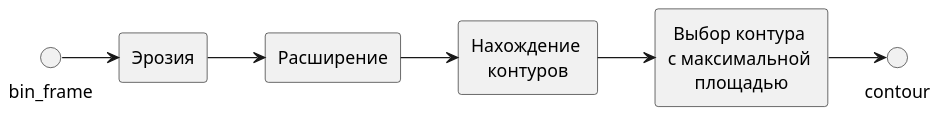
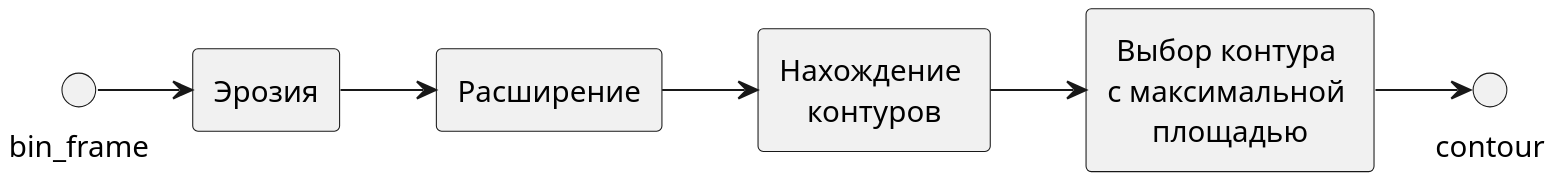
The diagram in firedetection-101/lecture/src/diagrams/image-processing-pipeline-2.puml (volodink/aes-uav-101), drawn with PlantUML before and after one commit. The commit also changed 3 other files, not shown here.

Commit message:
Обновлена лекция про обнаружение очага пожара, включая центровку и разрешение диаграмм.

```diff
--- a/firedetection-101/lecture/src/diagrams/image-processing-pipeline-2.puml
+++ b/firedetection-101/lecture/src/diagrams/image-processing-pipeline-2.puml
@@ -1,19 +1,19 @@
 @startuml image-processing-pipeline-2
 skinparam defaultTextAlignment center
-skinparam dpi 150
+skinparam dpi 250
 skinparam nodesep 45
 
 ' left to right direction
 
 rectangle "Эрозия" as ERODE
 rectangle "Расширение" as DILATE
 rectangle "Нахождение \nконтуров" as CONTOUR
 rectangle "Выбор контура \nс максимальной \nплощадью" as MAX_CONTOUR
 
 bin_frame -> ERODE
 ERODE -> DILATE
 DILATE -> CONTOUR
 CONTOUR -> MAX_CONTOUR
 MAX_CONTOUR -> contour
 
 @enduml
```
